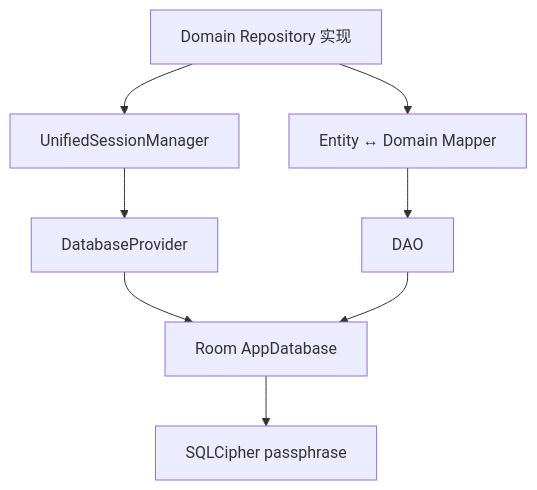
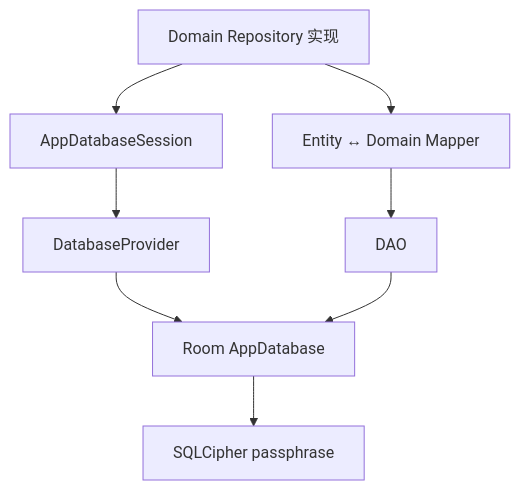
One commit to aozijx/Passly changed the first of 2 diagrams in docs/data/database.md. Above: the diagram before and after it, drawn with Mermaid. The commit also changed other lines of this file and 151 other files, not shown here.

````diff
--- a/docs/data/database.md
+++ b/docs/data/database.md
@@ -7,10 +7,10 @@
 ```mermaid
 flowchart TB
-    Repo["Domain Repository 实现"] --> Session["UnifiedSessionManager"]
+    Repo["Domain Repository 实现"] --> Session["AppDatabaseSession"]
     Session --> Provider["DatabaseProvider"]
     Provider --> Room["Room AppDatabase"]
     Room --> SQLCipher["SQLCipher passphrase"]
     Repo --> Mapper["Entity ↔ Domain Mapper"]
     Mapper --> DAO
     DAO --> Room
 ```
````
